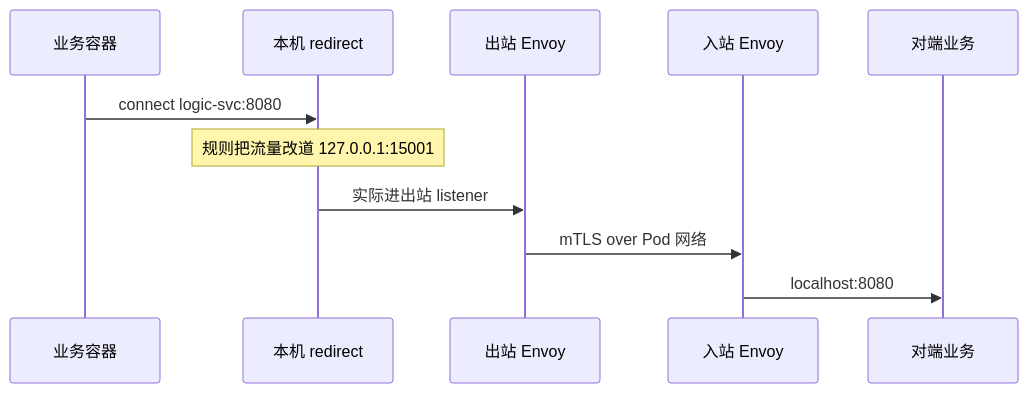
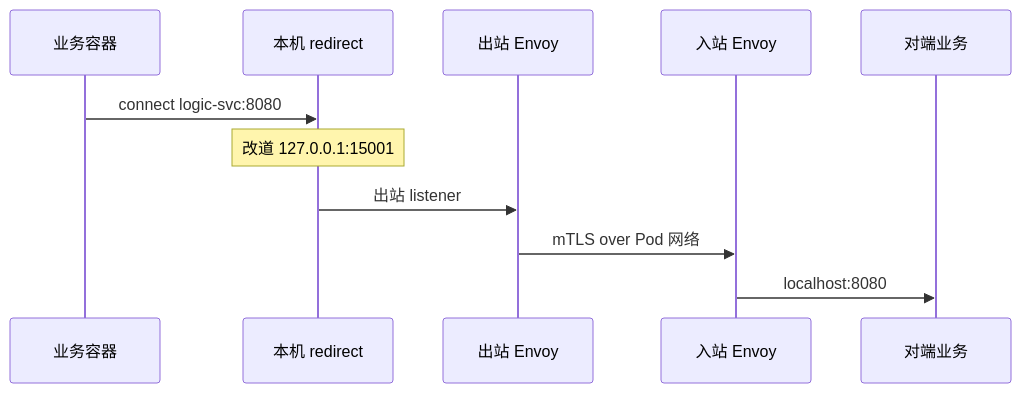
Before and after one commit to ml-cuizijun/LearnToLilith: the second of 5 diagrams in 03-Kubernetes/24-ServiceMesh-Istio与Envoy/知识点.md, drawn with Mermaid. The commit also changed other lines of this file and 178 other files, not shown here.

````diff
--- a/03-Kubernetes/24-ServiceMesh-Istio与Envoy/知识点.md
+++ b/03-Kubernetes/24-ServiceMesh-Istio与Envoy/知识点.md
@@ -50,13 +48,13 @@
 ```mermaid
 sequenceDiagram
     participant App as 业务容器
     participant IPT as 本机 redirect
     participant Out as 出站 Envoy
     participant In as 入站 Envoy
     participant Peer as 对端业务
     App->>IPT: connect logic-svc:8080
-    Note over IPT: 规则把流量改道 127.0.0.1:15001
-    IPT->>Out: 实际进出站 listener
+    Note over IPT: 改道 127.0.0.1:15001
+    IPT->>Out: 出站 listener
     Out->>In: mTLS over Pod 网络
     In->>Peer: localhost:8080
 ```
````
